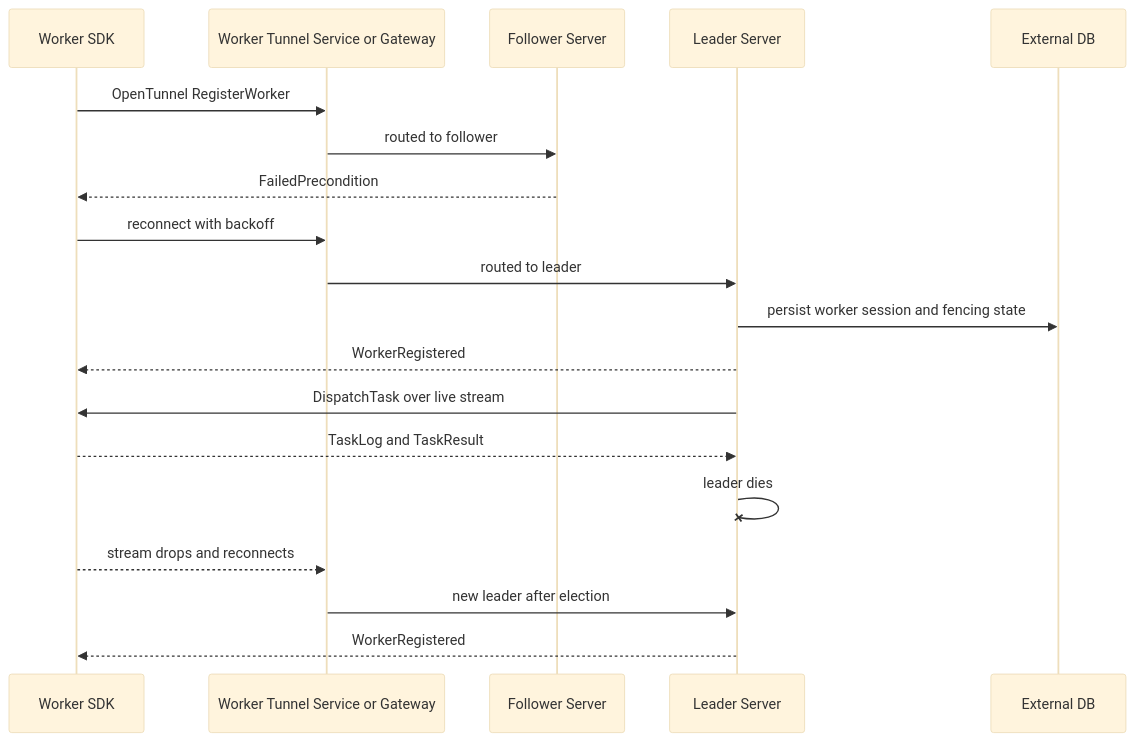
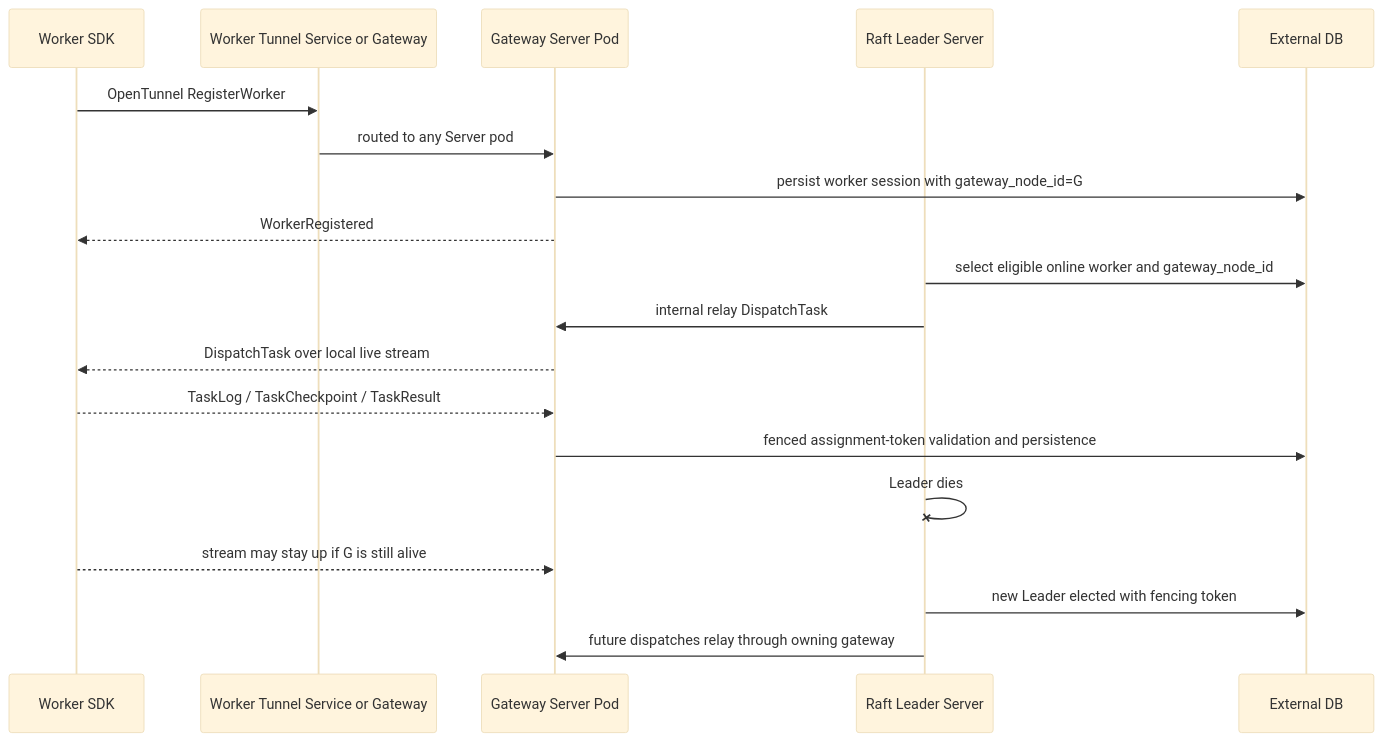
The fourth of 4 diagrams in docs/docs/deployment/server-ha.md (yhyzgn/tikeo), drawn with Mermaid (base theme) before and after one commit. The commit also changed other lines of this file and 29 other files, not shown here.

First line of the commit message:
Route worker tunnels through gateway pods

````diff
--- a/docs/docs/deployment/server-ha.md
+++ b/docs/docs/deployment/server-ha.md
@@ -231,22 +231,22 @@
 ```mermaid
 sequenceDiagram
   participant W as Worker SDK
   participant LB as Worker Tunnel Service or Gateway
-  participant F as Follower Server
-  participant L as Leader Server
+  participant G as Gateway Server Pod
+  participant L as Raft Leader Server
   participant DB as External DB
 
   W->>LB: OpenTunnel RegisterWorker
-  LB->>F: routed to follower
-  F-->>W: FailedPrecondition
-  W->>LB: reconnect with backoff
-  LB->>L: routed to leader
-  L->>DB: persist worker session and fencing state
-  L-->>W: WorkerRegistered
-  L->>W: DispatchTask over live stream
-  W-->>L: TaskLog and TaskResult
-  L-xL: leader dies
-  W-->>LB: stream drops and reconnects
-  LB->>L: new leader after election
-  L-->>W: WorkerRegistered
+  LB->>G: routed to any Server pod
+  G->>DB: persist worker session with gateway_node_id=G
+  G-->>W: WorkerRegistered
+  L->>DB: select eligible online worker and gateway_node_id
+  L->>G: internal relay DispatchTask
+  G-->>W: DispatchTask over local live stream
+  W-->>G: TaskLog / TaskCheckpoint / TaskResult
+  G->>DB: fenced assignment-token validation and persistence
+  L-xL: Leader dies
+  W-->>G: stream may stay up if G is still alive
+  L->>DB: new Leader elected with fencing token
+  L->>G: future dispatches relay through owning gateway
 ```
````
